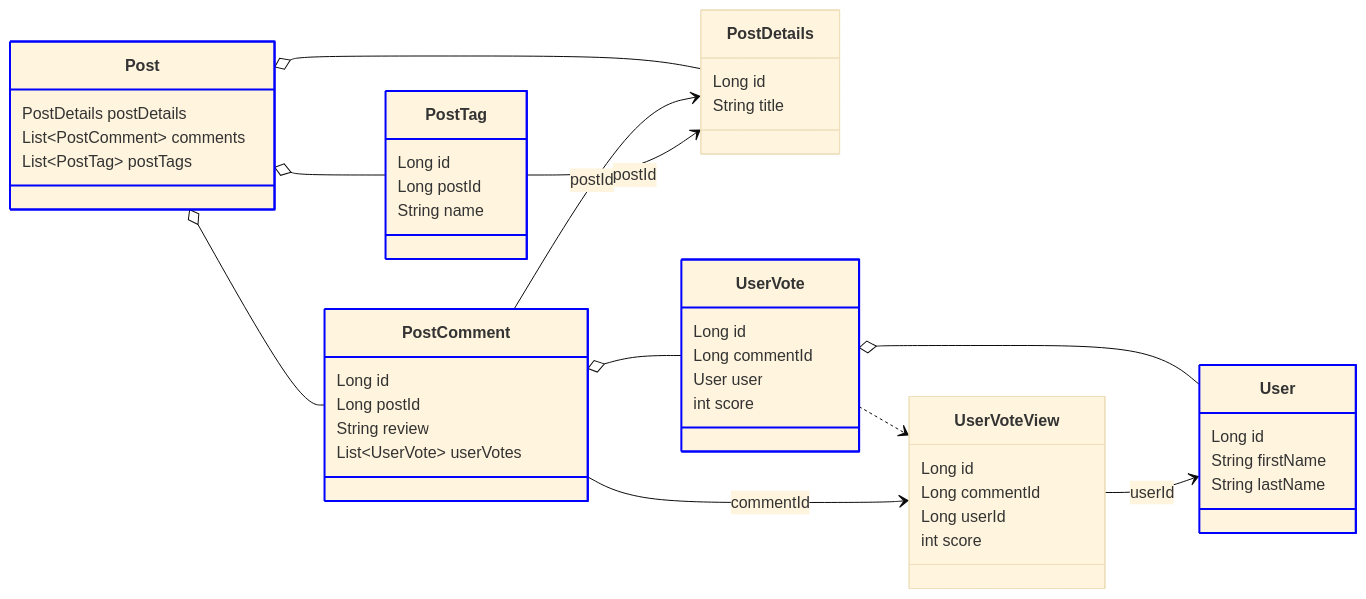
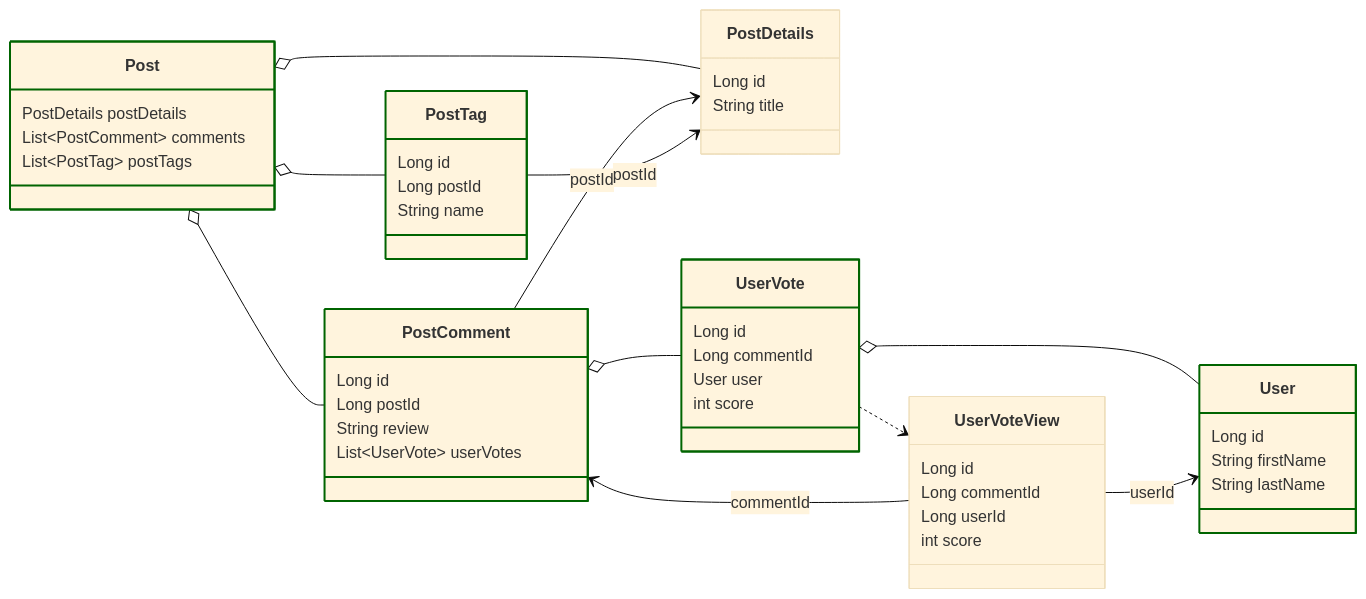
The third of 3 diagrams in README.md (pellse/assembler), drawn with Mermaid (base theme) before and after one commit.

````diff
--- a/README.md
+++ b/README.md
@@ -261,67 +261,67 @@
 ```mermaid
 classDiagram
     direction LR
 
     class Post {
         PostDetails postDetails
         List~PostComment~ comments
         List~PostTag~ postTags
     }
 
     class PostDetails {
         Long id
         String title
     }
 
     class PostComment {
         Long id
         Long postId
         String review
         List~UserVote~ userVotes
     }
 
     class UserVoteView {
         Long id
         Long commentId
         Long userId
         int score
     }
 
     class UserVote {
         Long id
         Long commentId
         User user
         int score
     }
 
     class User {
         Long id
         String firstName
         String lastName
     }
 
     class PostTag {
         Long id
         Long postId
         String name
     }
 
     Post o-- PostDetails
     Post o-- PostComment
     Post o-- PostTag
     PostComment o-- UserVote
     UserVote o-- User
     UserVote ..> UserVoteView
 
     PostComment --> PostDetails : postId
     PostTag --> PostDetails : postId
 
-    PostComment --> UserVoteView : commentId
+    UserVoteView --> PostComment : commentId
     UserVoteView --> User : userId
 
-    style Post stroke:#0000FF, stroke-width:2px
-    style PostComment stroke:#0000FF, stroke-width:2px
-    style UserVote stroke:#0000FF, stroke-width:2px
-    style User stroke:#0000FF, stroke-width:2px
-    style PostTag stroke:#0000FF, stroke-width:2px
+    style Post stroke:#006400, stroke-width:2px
+    style PostComment stroke:#006400, stroke-width:2px
+    style UserVote stroke:#006400, stroke-width:2px
+    style User stroke:#006400, stroke-width:2px
+    style PostTag stroke:#006400, stroke-width:2px
 ```
````
